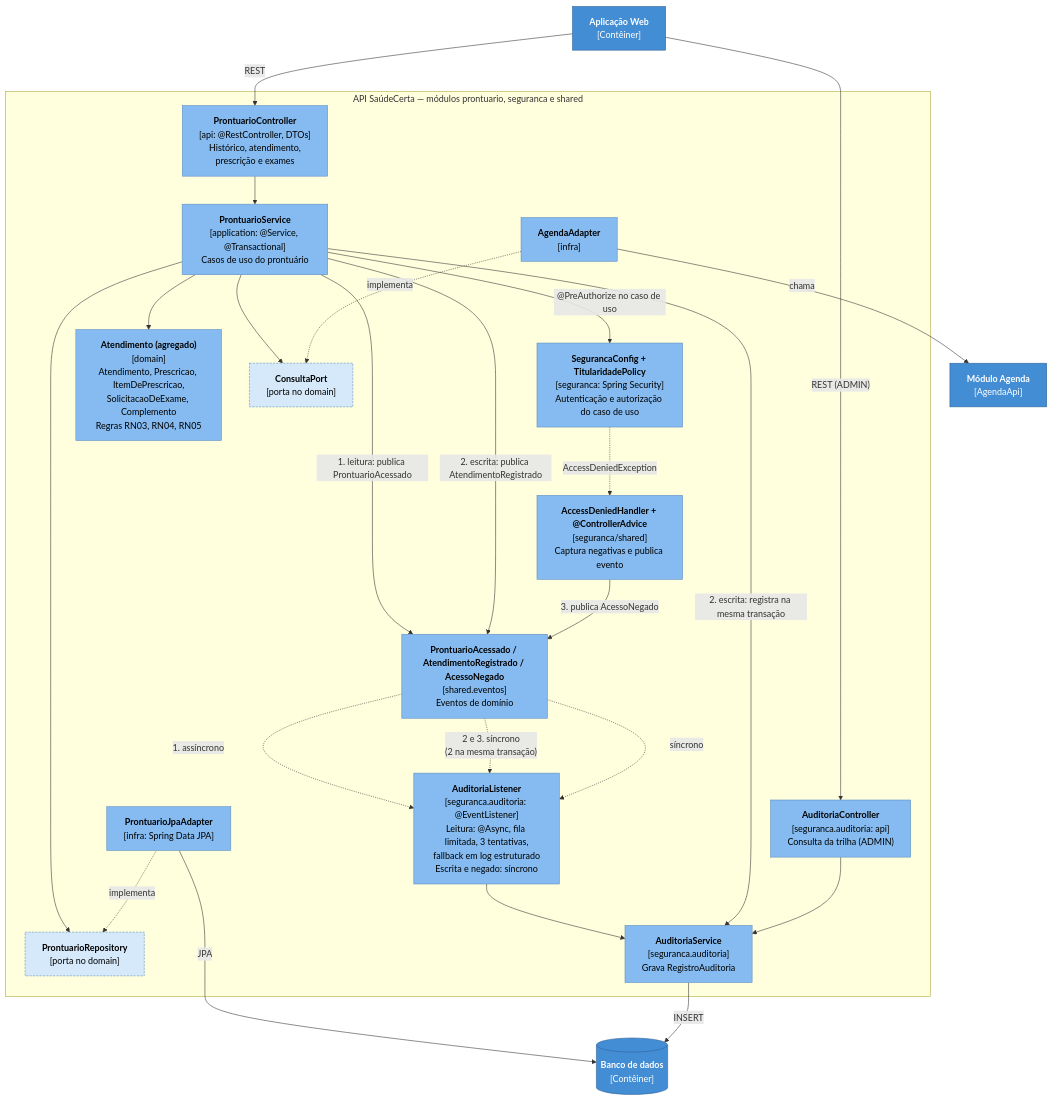
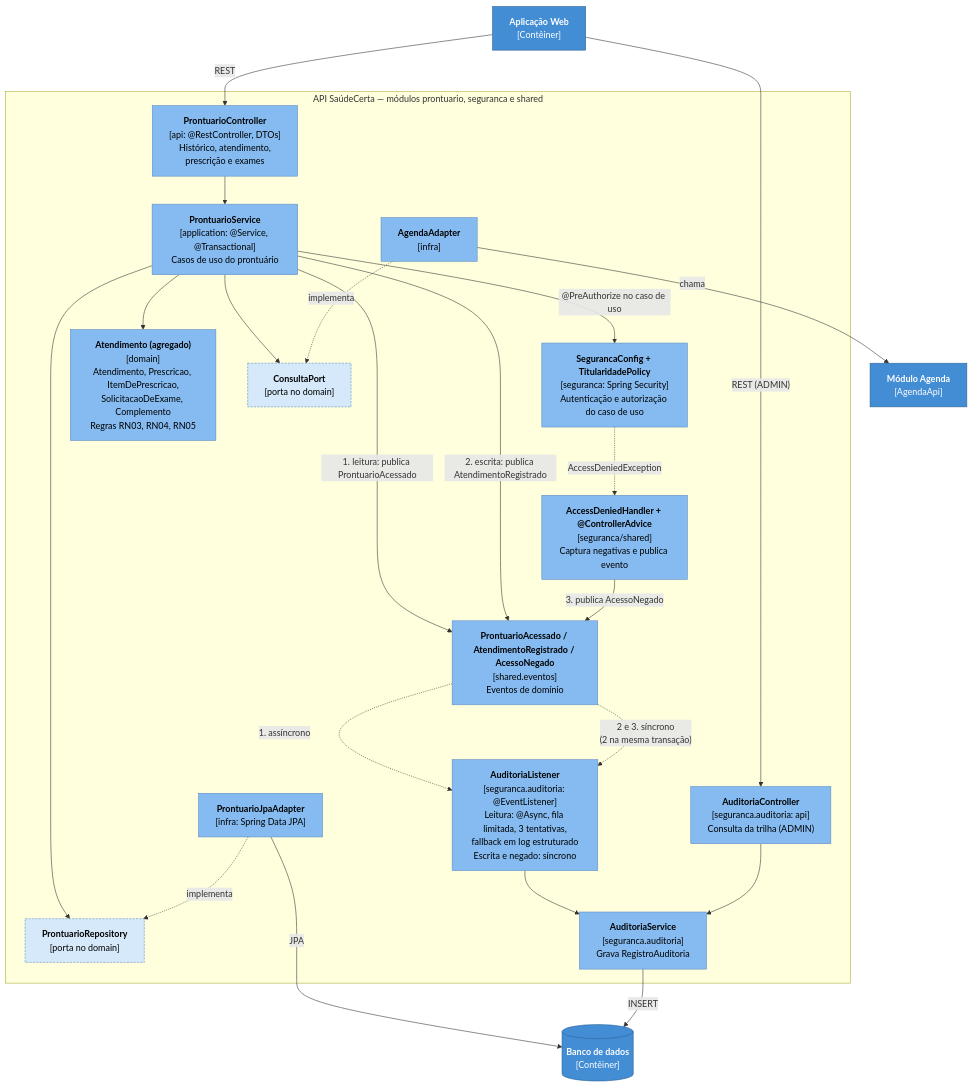
One commit to Dex057/equipe-02-saudecerta changed the fourth of 6 diagrams in docs/arquitetura.md. Above: the diagram before and after it, drawn with Mermaid.

Commit message:
docs: ajustar fluxo de auditoria na arquitetura

````diff
--- a/docs/arquitetura.md
+++ b/docs/arquitetura.md
@@ -164,55 +164,53 @@
 ```mermaid
 flowchart TB
     spa["<b>Aplicação Web</b><br/>[Contêiner]"]
 
     subgraph api["API SaúdeCerta — módulos prontuario, seguranca e shared"]
         pc["<b>ProntuarioController</b><br/>[api: @RestController, DTOs]<br/>Histórico, atendimento,<br/>prescrição e exames"]
         sec["<b>SegurancaConfig + TitularidadePolicy</b><br/>[seguranca: Spring Security]<br/>Autenticação e autorização do caso de uso"]
         dh["<b>AccessDeniedHandler + @ControllerAdvice</b><br/>[seguranca/shared]<br/>Captura negativas e publica evento"]
         ps["<b>ProntuarioService</b><br/>[application: @Service, @Transactional]<br/>Casos de uso do prontuário"]
         dom["<b>Atendimento (agregado)</b><br/>[domain]<br/>Atendimento, Prescricao, ItemDePrescricao,<br/>SolicitacaoDeExame, Complemento<br/>Regras RN03, RN04, RN05"]
         pr["<b>ProntuarioRepository</b><br/>[porta no domain]"]
         cp["<b>ConsultaPort</b><br/>[porta no domain]"]
         pja["<b>ProntuarioJpaAdapter</b><br/>[infra: Spring Data JPA]"]
         aa["<b>AgendaAdapter</b><br/>[infra]"]
         ev["<b>ProntuarioAcessado / AtendimentoRegistrado / AcessoNegado</b><br/>[shared.eventos]<br/>Eventos de domínio"]
         al["<b>AuditoriaListener</b><br/>[seguranca.auditoria: @EventListener]<br/>Leitura: @Async, fila limitada, 3 tentativas,<br/>fallback em log estruturado<br/>Escrita e negado: síncrono"]
         asv["<b>AuditoriaService</b><br/>[seguranca.auditoria]<br/>Grava RegistroAuditoria"]
         ac["<b>AuditoriaController</b><br/>[seguranca.auditoria: api]<br/>Consulta da trilha (ADMIN)"]
     end
 
     agenda["<b>Módulo Agenda</b><br/>[AgendaApi]"]
     db[("<b>Banco de dados</b><br/>[Contêiner]")]
 
     spa -->|"REST"| pc
     spa -->|"REST (ADMIN)"| ac
     pc --> ps
     ps -->|"@PreAuthorize no caso de uso"| sec
     ps --> dom
     ps --> pr
     ps --> cp
     pja -.->|"implementa"| pr
     aa -.->|"implementa"| cp
     pja -->|"JPA"| db
     aa -->|"chama"| agenda
 
     ps -->|"1. leitura: publica ProntuarioAcessado"| ev
     ps -->|"2. escrita: publica AtendimentoRegistrado"| ev
     
     ev -.->|"1. assíncrono"| al
     ev -.->|"2 e 3. síncrono<br/>(2 na mesma transação)"| al
     al --> asv
-    ps -->|"2. escrita: registra na mesma transação"| asv
     sec -.->|"AccessDeniedException"| dh
     dh -->|"3. publica AcessoNegado"| ev
-    ev -.->|"síncrono"| al
     asv -->|"INSERT"| db
     ac --> asv
 
     classDef container fill:#438dd5,stroke:#2e6295,color:#fff
     classDef comp fill:#85bbf0,stroke:#5d8cc0,color:#000
     classDef port fill:#d6e9fa,stroke:#5d8cc0,color:#000,stroke-dasharray:4 2
     class spa,db,agenda container
     class pc,sec,dh,ps,dom,pja,aa,ev,al,asv,ac comp
     class pr,cp port
 ```
````
